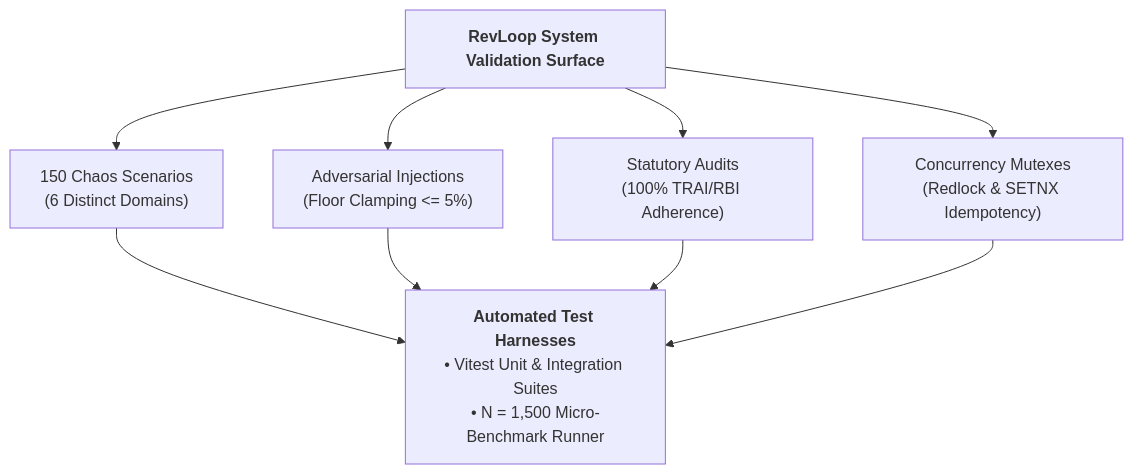
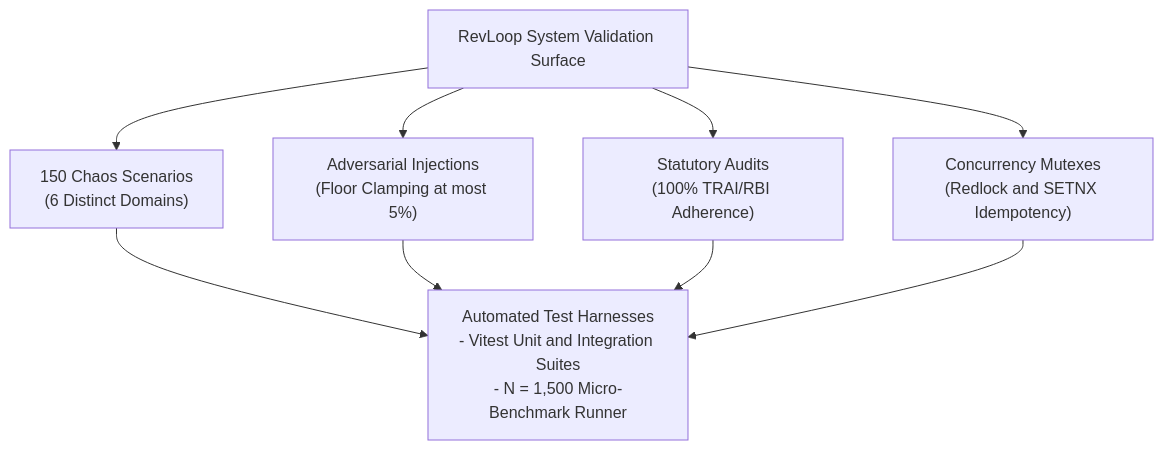
Before and after one commit to Adityaraj1969/Razorpay-Revenue-Recovery: the diagram in docs/Validation.md, drawn with Mermaid. The commit also changed 8 other files, not shown here.

Commit message:
fix(docs): format all Mermaid diagrams with strict GitHub-compliant quoted syntax and ASCII typography

````diff
--- a/docs/Validation.md
+++ b/docs/Validation.md
@@ -18,12 +18,12 @@
 ```mermaid
 flowchart TD
-    SURFACE["<b>RevLoop System Validation Surface</b>"] --> D1["150 Chaos Scenarios<br/>(6 Distinct Domains)"]
-    SURFACE --> D2["Adversarial Injections<br/>(Floor Clamping <= 5%)"]
+    SURFACE["RevLoop System Validation Surface"] --> D1["150 Chaos Scenarios<br/>(6 Distinct Domains)"]
+    SURFACE --> D2["Adversarial Injections<br/>(Floor Clamping at most 5%)"]
     SURFACE --> D3["Statutory Audits<br/>(100% TRAI/RBI Adherence)"]
-    SURFACE --> D4["Concurrency Mutexes<br/>(Redlock & SETNX Idempotency)"]
+    SURFACE --> D4["Concurrency Mutexes<br/>(Redlock and SETNX Idempotency)"]
 
-    D1 --> HARNESS["<b>Automated Test Harnesses</b><br/>• Vitest Unit & Integration Suites<br/>• N = 1,500 Micro-Benchmark Runner"]
+    D1 --> HARNESS["Automated Test Harnesses<br/>- Vitest Unit and Integration Suites<br/>- N = 1,500 Micro-Benchmark Runner"]
     D2 --> HARNESS
     D3 --> HARNESS
     D4 --> HARNESS
 ```
````
